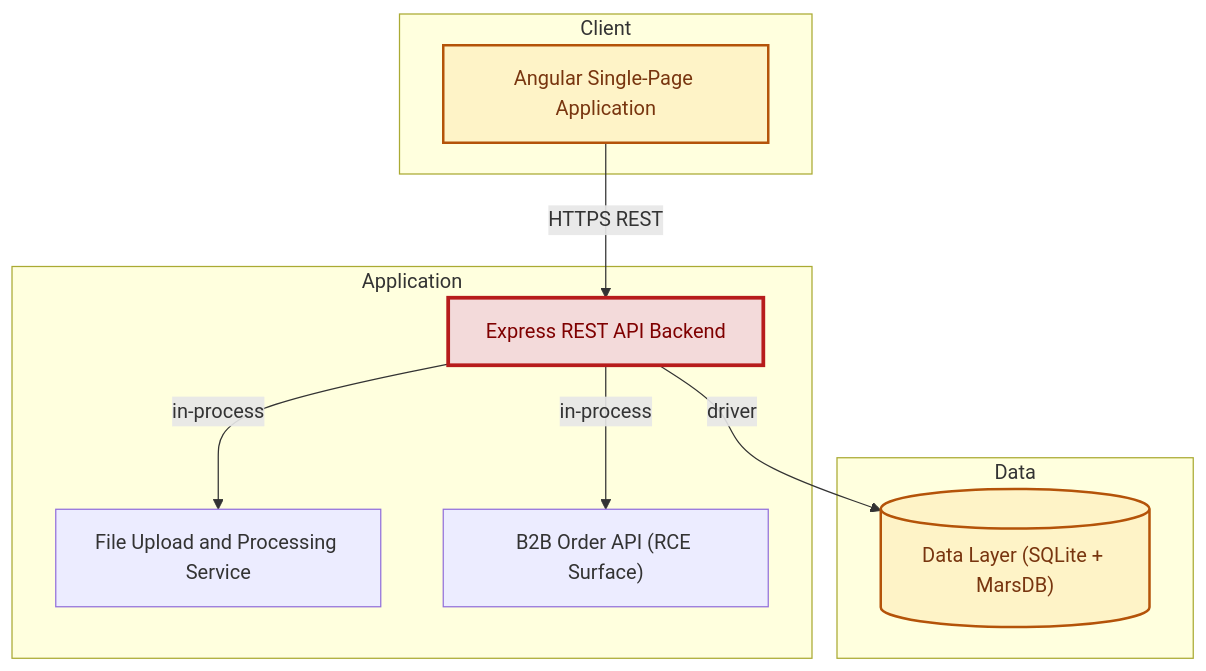
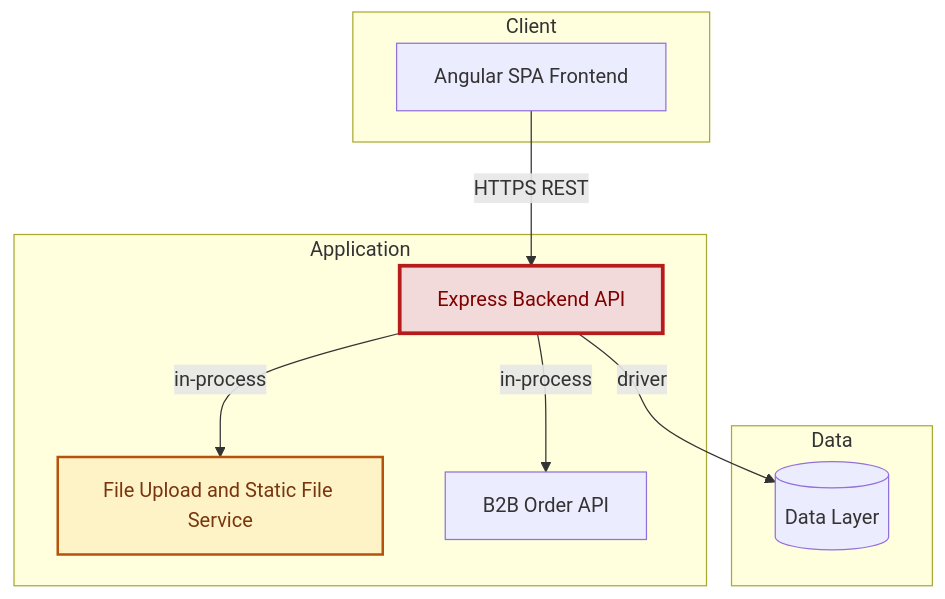
Before and after one commit to appsec-foundry/appsec-advisor: the fifth of 15 diagrams in examples/threat-modeler/threat-model-juice-shop-standard.md, drawn with Mermaid. The commit also changed other lines of this file, not shown here.

````diff
--- a/examples/threat-modeler/threat-model-juice-shop-standard.md
+++ b/examples/threat-modeler/threat-model-juice-shop-standard.md
@@ -382,23 +388,22 @@
 ```mermaid
 flowchart TB
     subgraph Client
-        frontend_spa["Angular Single-Page Application"]
+        angular_spa["Angular SPA Frontend"]
     end
     subgraph Application
-        backend_api["Express REST API Backend"]
-        file_upload_service["File Upload and Processing Service"]
-        b2b_api["B2B Order API (RCE Surface)"]
+        express_backend["Express Backend API"]
+        file_upload_service["File Upload and Static File Service"]
+        b2b_api["B2B Order API"]
     end
     subgraph Data
-        data_persistence[("Data Layer (SQLite + MarsDB)")]
+        data_layer[("Data Layer")]
     end
-    frontend_spa -->|HTTPS REST| backend_api
-    backend_api -->|driver| data_persistence
-    backend_api -->|in-process| file_upload_service
-    backend_api -->|in-process| b2b_api
+    angular_spa -->|HTTPS REST| express_backend
+    express_backend -->|driver| data_layer
+    express_backend -->|in-process| file_upload_service
+    express_backend -->|in-process| b2b_api
     classDef critical fill:#f3dada,stroke:#b71c1c,color:#7f0000,stroke-width:3px
     classDef warning  fill:#fef3c7,stroke:#b45309,color:#78350f,stroke-width:2px
-    class backend_api critical
-    class frontend_spa warning
-    class data_persistence warning
+    class express_backend critical
+    class file_upload_service warning
 ```
````
